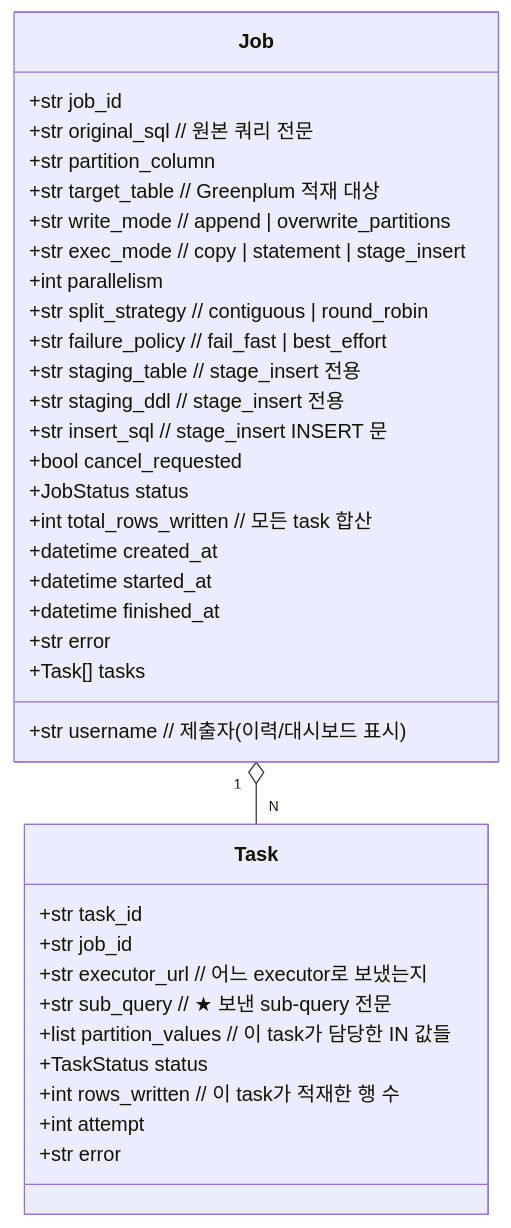
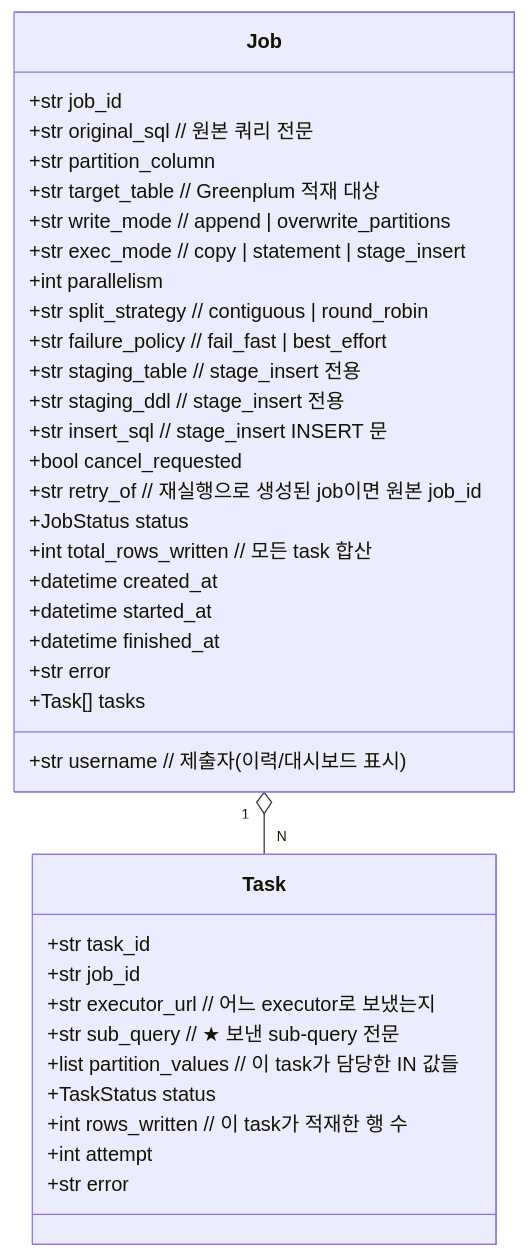
The third of 8 diagrams in DESIGN.md (DataDynamics/distributed-query-executor), drawn with Mermaid before and after one commit. The commit also changed other lines of this file, not shown here.

````diff
--- a/DESIGN.md
+++ b/DESIGN.md
@@ -136,40 +137,41 @@
 ```mermaid
 classDiagram
     class Job {
         +str job_id
         +str original_sql        // 원본 쿼리 전문
         +str partition_column
         +str target_table        // Greenplum 적재 대상
         +str write_mode          // append | overwrite_partitions
         +str exec_mode           // copy | statement | stage_insert
         +int parallelism
         +str split_strategy      // contiguous | round_robin
         +str failure_policy      // fail_fast | best_effort
         +str username            // 제출자(이력/대시보드 표시)
         +str staging_table       // stage_insert 전용
         +str staging_ddl         // stage_insert 전용
         +str insert_sql          // stage_insert INSERT 문
         +bool cancel_requested
+        +str retry_of            // 재실행으로 생성된 job이면 원본 job_id
         +JobStatus status
         +int total_rows_written  // 모든 task 합산
         +datetime created_at
         +datetime started_at
         +datetime finished_at
         +str error
         +Task[] tasks
     }
 
     class Task {
         +str task_id
         +str job_id
         +str executor_url        // 어느 executor로 보냈는지
         +str sub_query           // ★ 보낸 sub-query 전문
         +list partition_values   // 이 task가 담당한 IN 값들
         +TaskStatus status
         +int rows_written        // 이 task가 적재한 행 수
         +int attempt
         +str error
     }
 
     Job "1" o-- "N" Task
 ```
````
